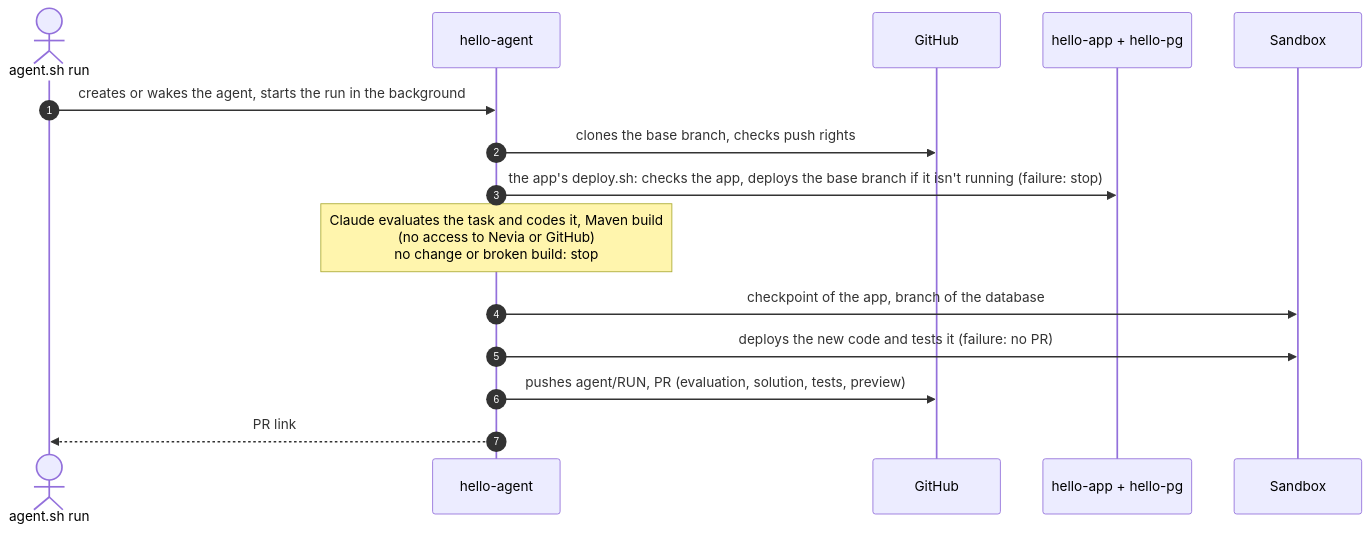
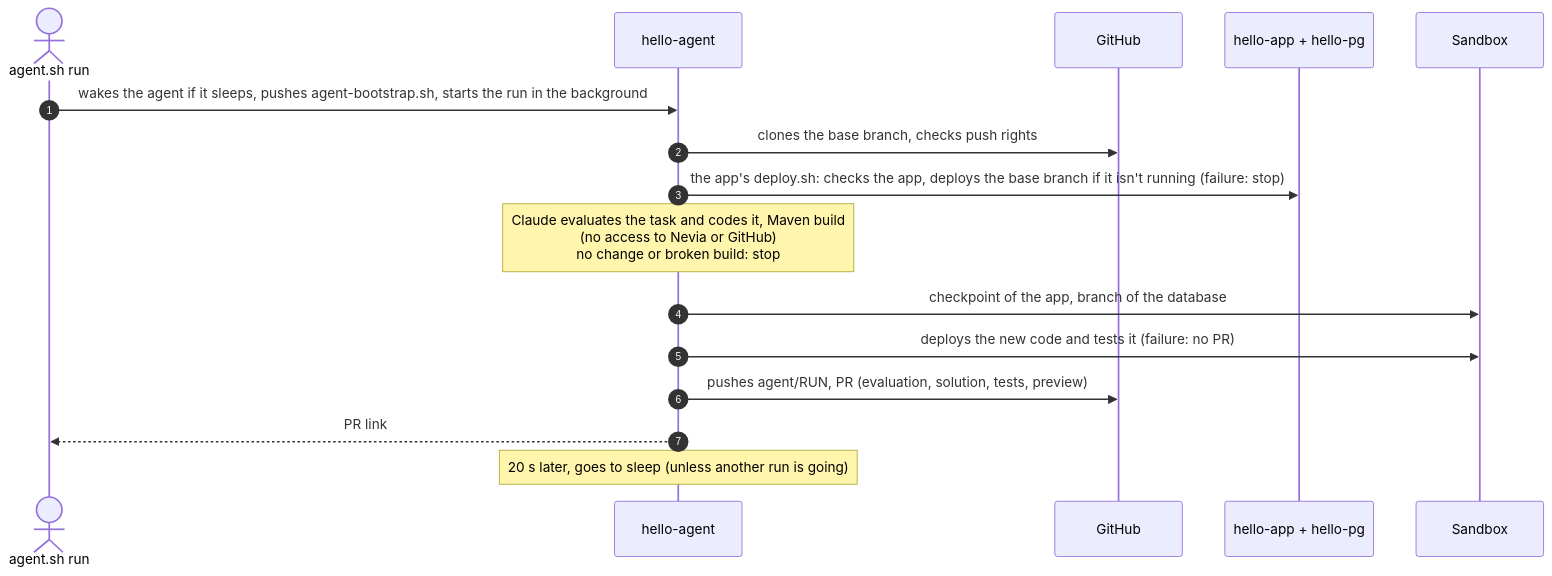
One commit to bertrandcedric/nevia-agent changed the second of 2 diagrams in README.md. Above: the diagram before and after it, drawn with Mermaid. The commit also changed other lines of this file and 3 other files, not shown here.

````diff
--- a/README.md
+++ b/README.md
@@ -33,18 +34,19 @@
 ```mermaid
 sequenceDiagram
     autonumber
     actor dev as agent.sh run
     participant agent as hello-agent
     participant gh as GitHub
     participant base as hello-app + hello-pg
     participant sb as Sandbox
 
-    dev->>agent: creates or wakes the agent, starts the run in the background
+    dev->>agent: wakes the agent if it sleeps, pushes agent-bootstrap.sh, starts the run in the background
     agent->>gh: clones the base branch, checks push rights
     agent->>base: the app's deploy.sh: checks the app, deploys the base branch if it isn't running (failure: stop)
     Note over agent: Claude evaluates the task and codes it, Maven build<br/>(no access to Nevia or GitHub)<br/>no change or broken build: stop
     agent->>sb: checkpoint of the app, branch of the database
     agent->>sb: deploys the new code and tests it (failure: no PR)
     agent->>gh: pushes agent/RUN, PR (evaluation, solution, tests, preview)
     agent-->>dev: PR link
+    Note over agent: 20 s later, goes to sleep (unless another run is going)
 ```
````
